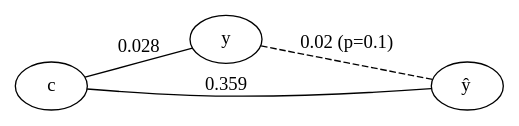
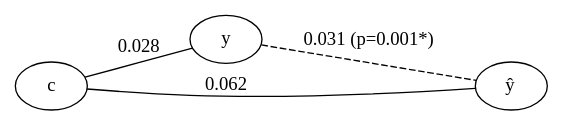
One commit to pni-lab/mlconfound-manuscript changed the diagram in fig/raw/emp_abide_motion_reg_full.dot. Above: the diagram before and after it, drawn with Graphviz. The commit also changed 54 other files, not shown here.

```diff
--- a/fig/raw/emp_abide_motion_reg_full.dot
+++ b/fig/raw/emp_abide_motion_reg_full.dot
@@ -1,9 +1,9 @@
 graph {
 	rankdir=LR
 	c [label=c]
 	y [label=y]
 	yhat [label=<y&#770;>]
-	c -- yhat [label=0.359]
+	c -- yhat [label=0.062]
 	c -- y [label=0.028]
-	y -- yhat [label="0.02 (p=0.1)" style=dashed]
+	y -- yhat [label="0.031 (p=0.001*)" style=dashed]
 }
```
